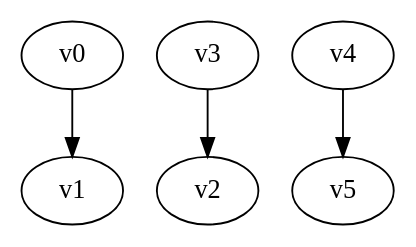
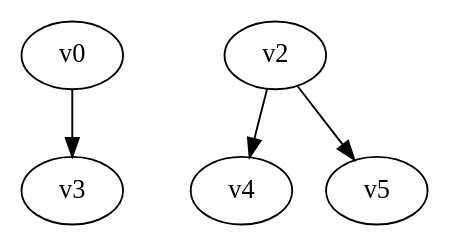
Before and after one commit to yadej/graph_project: the diagram in digraph.dot, drawn with Graphviz. The commit also changed 2 other files, not shown here.

```diff
--- a/digraph.dot
+++ b/digraph.dot
@@ -1,5 +1,5 @@
 digraph G { 
-v0 -> v1;
-v3 -> v2;
-v4 -> v5;
+v0 -> v3;
+v2 -> v4;
+v2 -> v5;
 }
```
